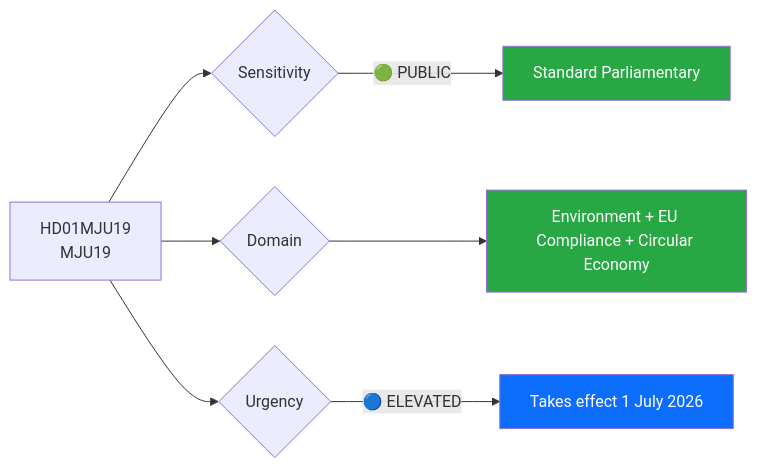
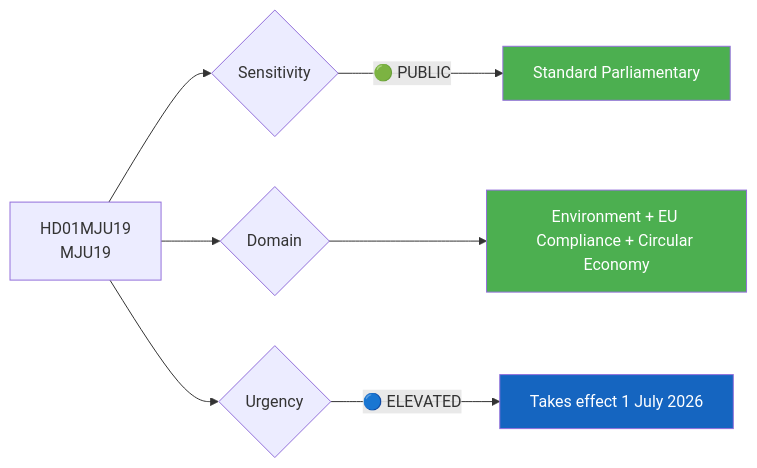
The first of 2 diagrams in analysis/daily/2026-04-16/realtime-1037/documents/hd01mju19-analysis.md (Hack23/riksdagsmonitor), drawn with Mermaid before and after one commit. The commit also changed 785 other files, not shown here.

First line of the commit message:
Normalize mermaid colors across 786 analysis artifacts to ISMS Style Guide palette

````diff
--- a/analysis/daily/2026-04-16/realtime-1037/documents/hd01mju19-analysis.md
+++ b/analysis/daily/2026-04-16/realtime-1037/documents/hd01mju19-analysis.md
@@ -23,12 +23,12 @@
 ```mermaid
 graph LR
     A["HD01MJU19<br/>MJU19"] --> B{"Sensitivity"}
     B -->|"🟢 PUBLIC"| E["Standard Parliamentary"]
     A --> G{"Domain"}
     G --> H["Environment + EU Compliance + Circular Economy"]
     A --> I{"Urgency"}
     I -->|"🔵 ELEVATED"| L["Takes effect 1 July 2026"]
-    style E fill:#28a745,color:#fff
-    style H fill:#28a745,color:#fff
-    style L fill:#0d6efd,color:#fff
+    style E fill:#4CAF50,color:#FFFFFF
+    style H fill:#4CAF50,color:#FFFFFF
+    style L fill:#1565C0,color:#FFFFFF
 ```
````
